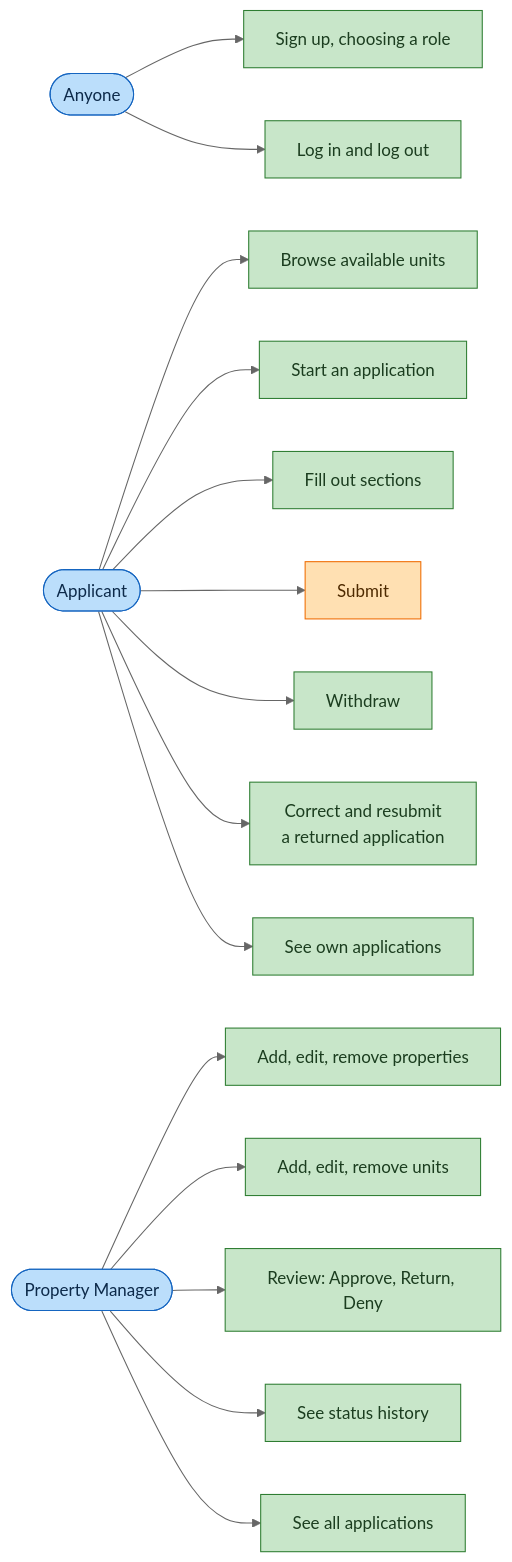
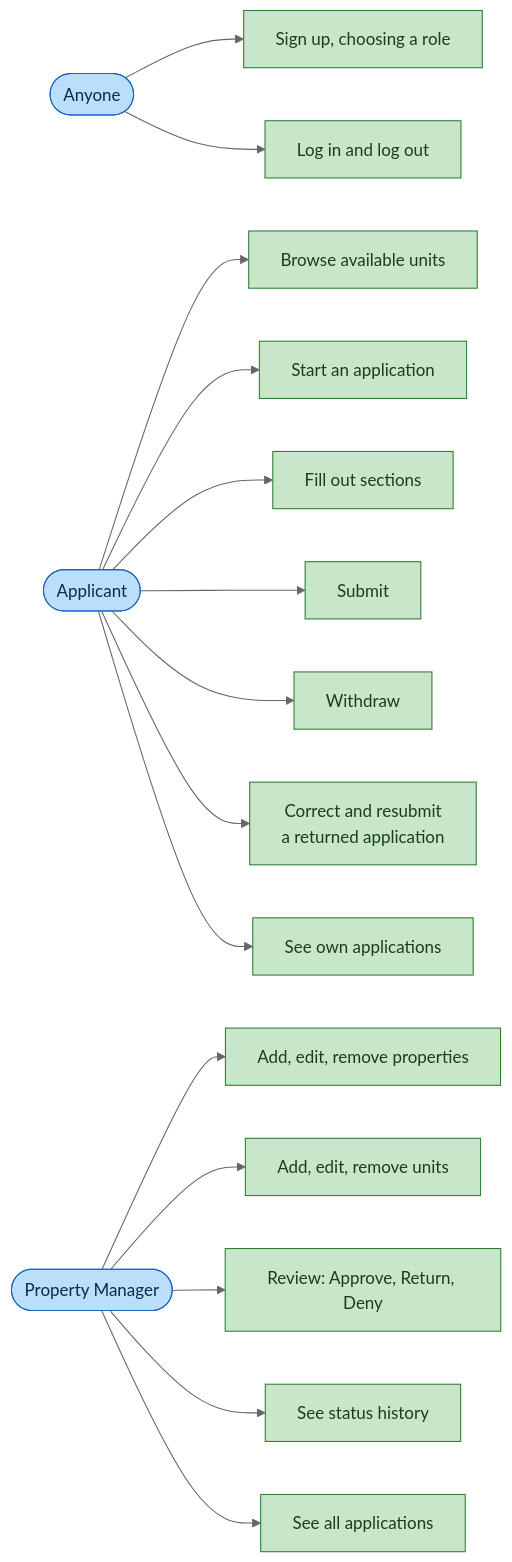
Before and after one commit to breps83/troy-rentalportal: the second of 7 diagrams in docs/diagrams.md, drawn with Mermaid (neutral theme). The commit also changed other lines of this file and 6 other files, not shown here.

````diff
--- a/docs/diagrams.md
+++ b/docs/diagrams.md
@@ -70,28 +70,28 @@
 ```mermaid
 flowchart LR
     classDef done fill:#c8e6c9,stroke:#2e7d32,color:#1b3d1f
     classDef partial fill:#ffe0b2,stroke:#ef6c00,color:#4e2a00
     classDef todo fill:#eceff1,stroke:#78909c,color:#263238
     classDef actor fill:#bbdefb,stroke:#1565c0,color:#0d2a4a
 
     Anyone(["Anyone"]):::actor
     A(["Applicant"]):::actor
     PM(["Property Manager"]):::actor
 
     Anyone --> SignUp["Sign up, choosing a role"]:::done
     Anyone --> LogIn["Log in and log out"]:::done
 
     A --> Browse["Browse available units"]:::done
     A --> Start["Start an application"]:::done
     A --> Fill["Fill out sections"]:::done
-    A --> Submit["Submit"]:::partial
+    A --> Submit["Submit"]:::done
     A --> Withdraw["Withdraw"]:::done
     A --> Resubmit["Correct and resubmit<br/>a returned application"]:::done
     A --> OwnList["See own applications"]:::done
 
     PM --> Props["Add, edit, remove properties"]:::done
     PM --> Units["Add, edit, remove units"]:::done
     PM --> Review["Review: Approve, Return, Deny"]:::done
     PM --> History["See status history"]:::done
     PM --> AllList["See all applications"]:::done
 ```
````
